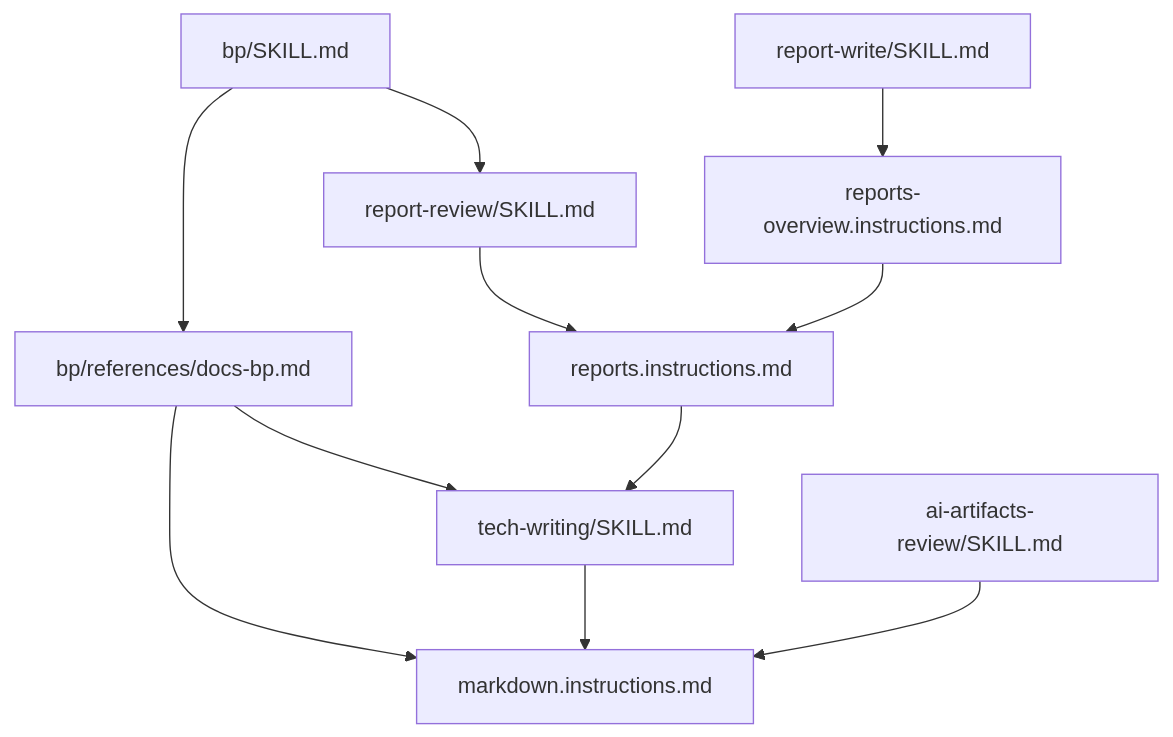
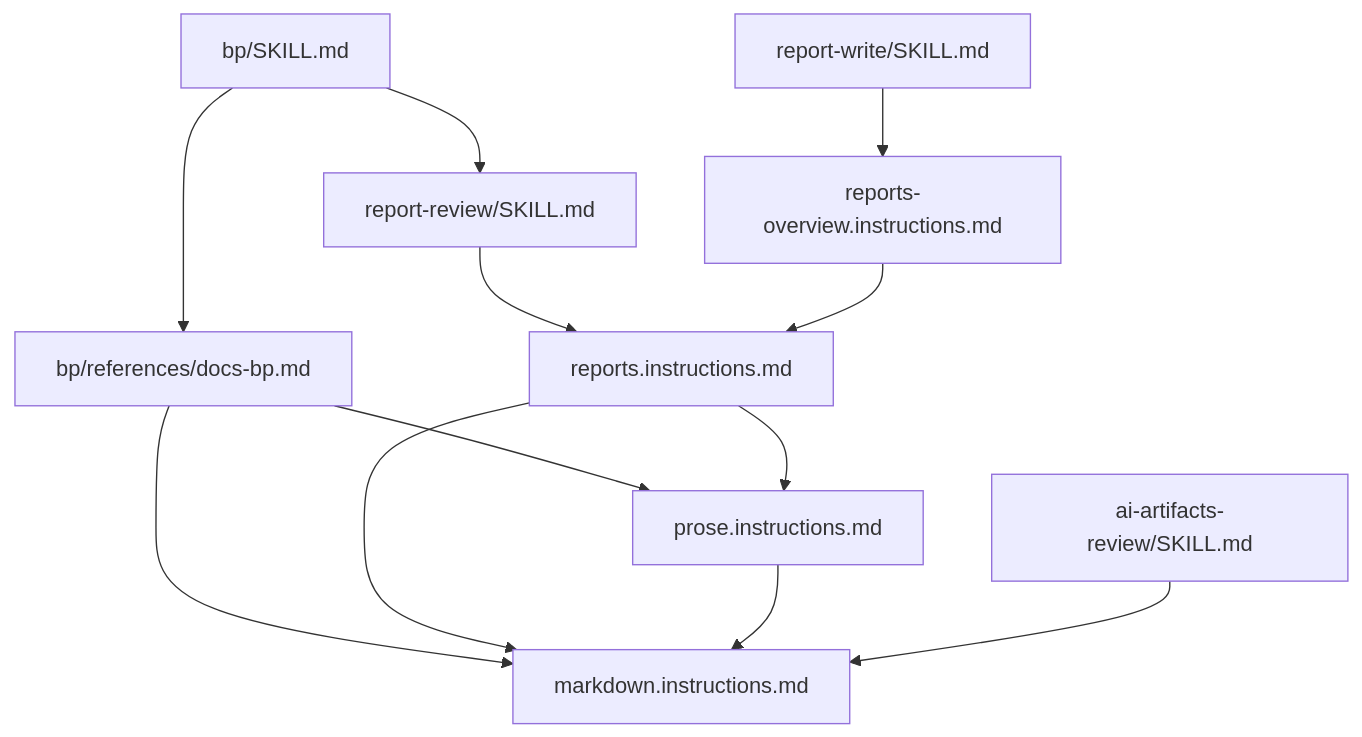
One commit to SavenkovIgor/railing changed the diagram in README.md. Above: the diagram before and after it, drawn with Mermaid. The commit also changed other lines of this file and 4 other files, not shown here.

First line of the commit message:
Move tech-writing skill into prose.instructions.md

````diff
--- a/README.md
+++ b/README.md
@@ -40,23 +40,24 @@
 ```mermaid
 flowchart TD
     BP["bp/SKILL.md"]
     RR["report-review/SKILL.md"]
     RW["report-write/SKILL.md"]
     DOCS["bp/references/docs-bp.md"]
     REP["reports.instructions.md"]
     RO["reports-overview.instructions.md"]
-    TW["tech-writing/SKILL.md"]
+    PR["prose.instructions.md"]
     AAR["ai-artifacts-review/SKILL.md"]
     MD["markdown.instructions.md"]
 
     BP --> DOCS
     BP --> RR
     RR --> REP
     RW --> RO
     RO --> REP
-    DOCS --> TW
+    DOCS --> PR
     DOCS --> MD
-    REP --> TW
-    TW --> MD
+    REP --> PR
+    REP --> MD
+    PR --> MD
     AAR --> MD
 ```
````
